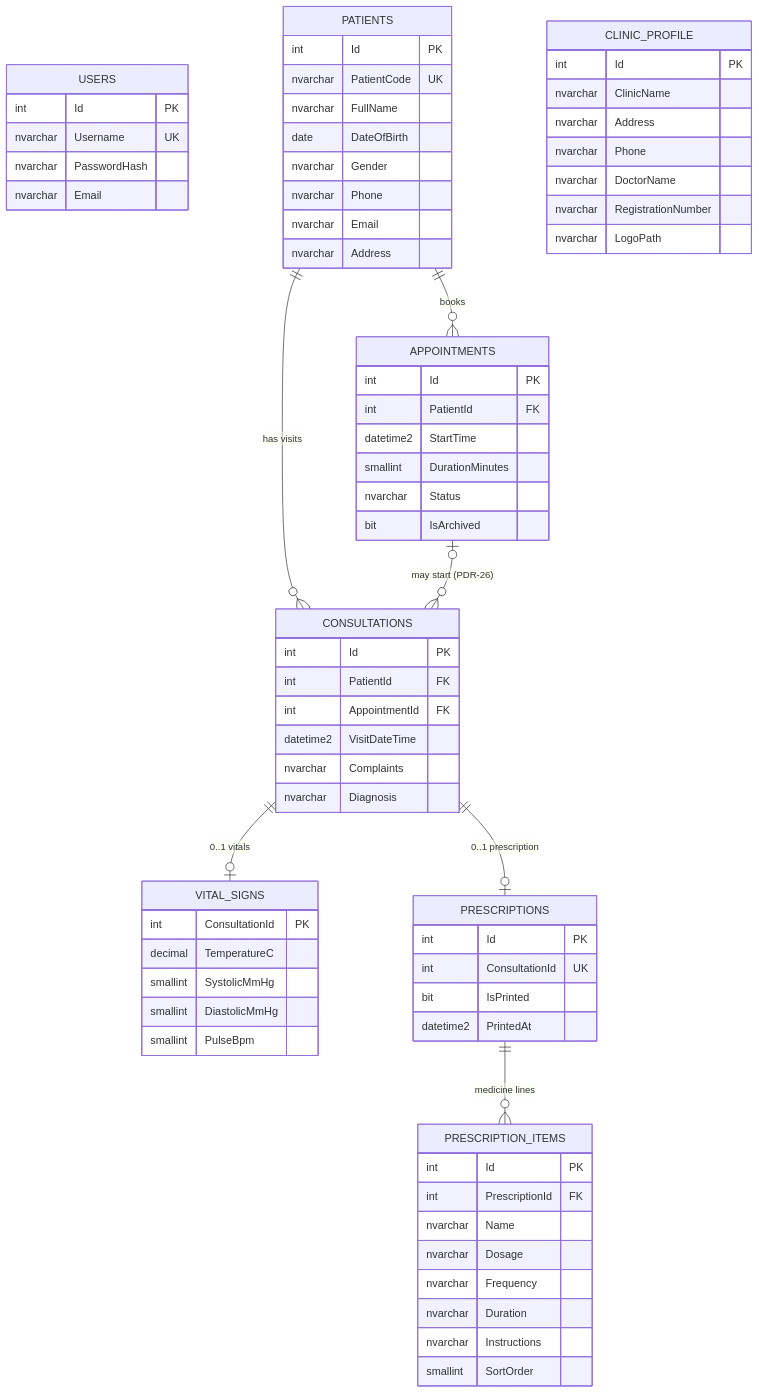
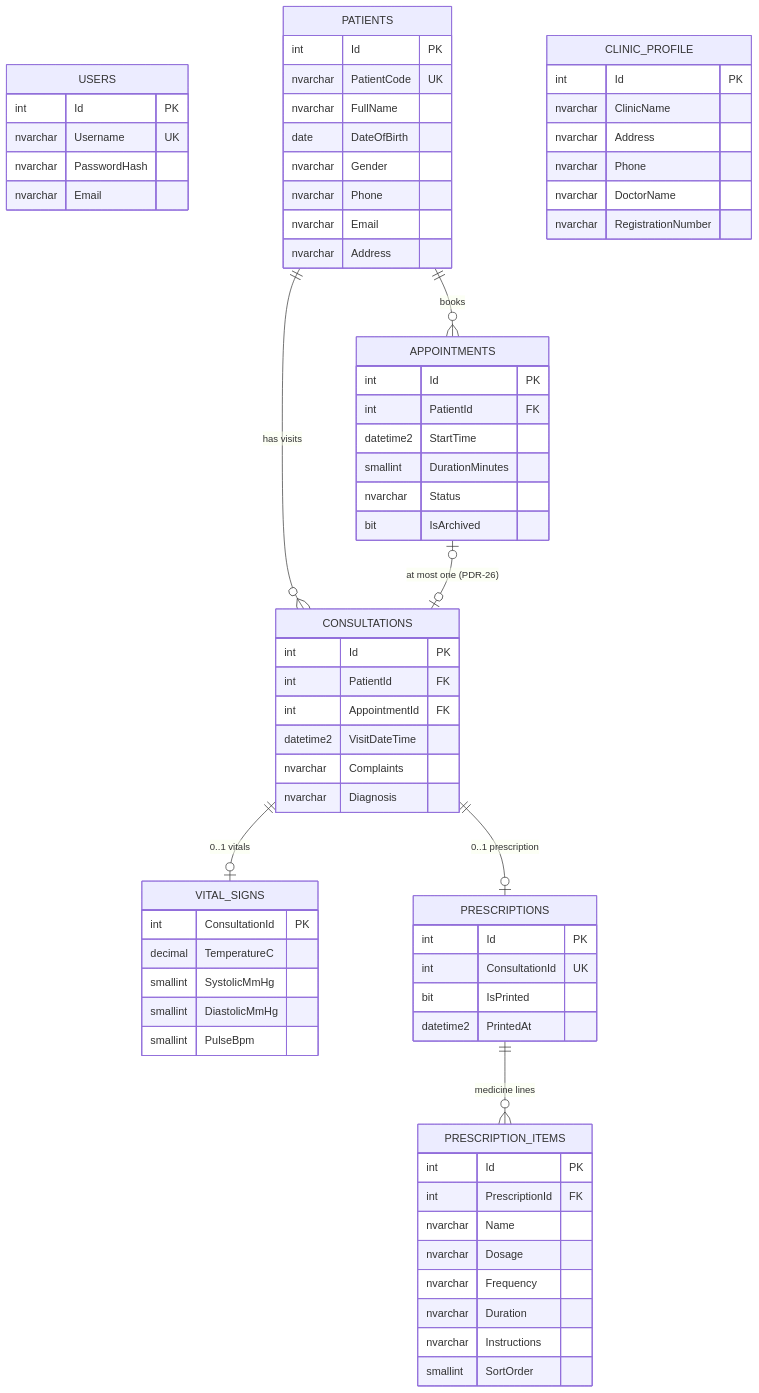
One commit to sravva1994D/ClaudeCodeBhaskar changed the first of 2 diagrams in Documentation/02-Planning/08-ERD.md. Above: the diagram before and after it, drawn with Mermaid. The commit also changed 18 other files, not shown here.

First line of the commit message:
docs(docs): apply planning and roadmap fixes from implementation review

````diff
--- a/Documentation/02-Planning/08-ERD.md
+++ b/Documentation/02-Planning/08-ERD.md
@@ -8,74 +8,73 @@
 ```mermaid
 erDiagram
   USERS {
     int Id PK
     nvarchar Username UK
     nvarchar PasswordHash
     nvarchar Email
   }
   PATIENTS {
     int Id PK
     nvarchar PatientCode UK
     nvarchar FullName
     date DateOfBirth
     nvarchar Gender
     nvarchar Phone
     nvarchar Email
     nvarchar Address
   }
   APPOINTMENTS {
     int Id PK
     int PatientId FK
     datetime2 StartTime
     smallint DurationMinutes
     nvarchar Status
     bit IsArchived
   }
   CONSULTATIONS {
     int Id PK
     int PatientId FK
     int AppointmentId FK
     datetime2 VisitDateTime
     nvarchar Complaints
     nvarchar Diagnosis
   }
   VITAL_SIGNS {
     int ConsultationId PK
     decimal TemperatureC
     smallint SystolicMmHg
     smallint DiastolicMmHg
     smallint PulseBpm
   }
   PRESCRIPTIONS {
     int Id PK
     int ConsultationId UK
     bit IsPrinted
     datetime2 PrintedAt
   }
   PRESCRIPTION_ITEMS {
     int Id PK
     int PrescriptionId FK
     nvarchar Name
     nvarchar Dosage
     nvarchar Frequency
     nvarchar Duration
     nvarchar Instructions
     smallint SortOrder
   }
   CLINIC_PROFILE {
     int Id PK
     nvarchar ClinicName
     nvarchar Address
     nvarchar Phone
     nvarchar DoctorName
     nvarchar RegistrationNumber
-    nvarchar LogoPath
   }
 
   PATIENTS ||--o{ APPOINTMENTS : "books"
   PATIENTS ||--o{ CONSULTATIONS : "has visits"
-  APPOINTMENTS |o--o{ CONSULTATIONS : "may start (PDR-26)"
+  APPOINTMENTS |o--o| CONSULTATIONS : "at most one (PDR-26)"
   CONSULTATIONS ||--o| VITAL_SIGNS : "0..1 vitals"
   CONSULTATIONS ||--o| PRESCRIPTIONS : "0..1 prescription"
   PRESCRIPTIONS ||--o{ PRESCRIPTION_ITEMS : "medicine lines"
 ```
````
